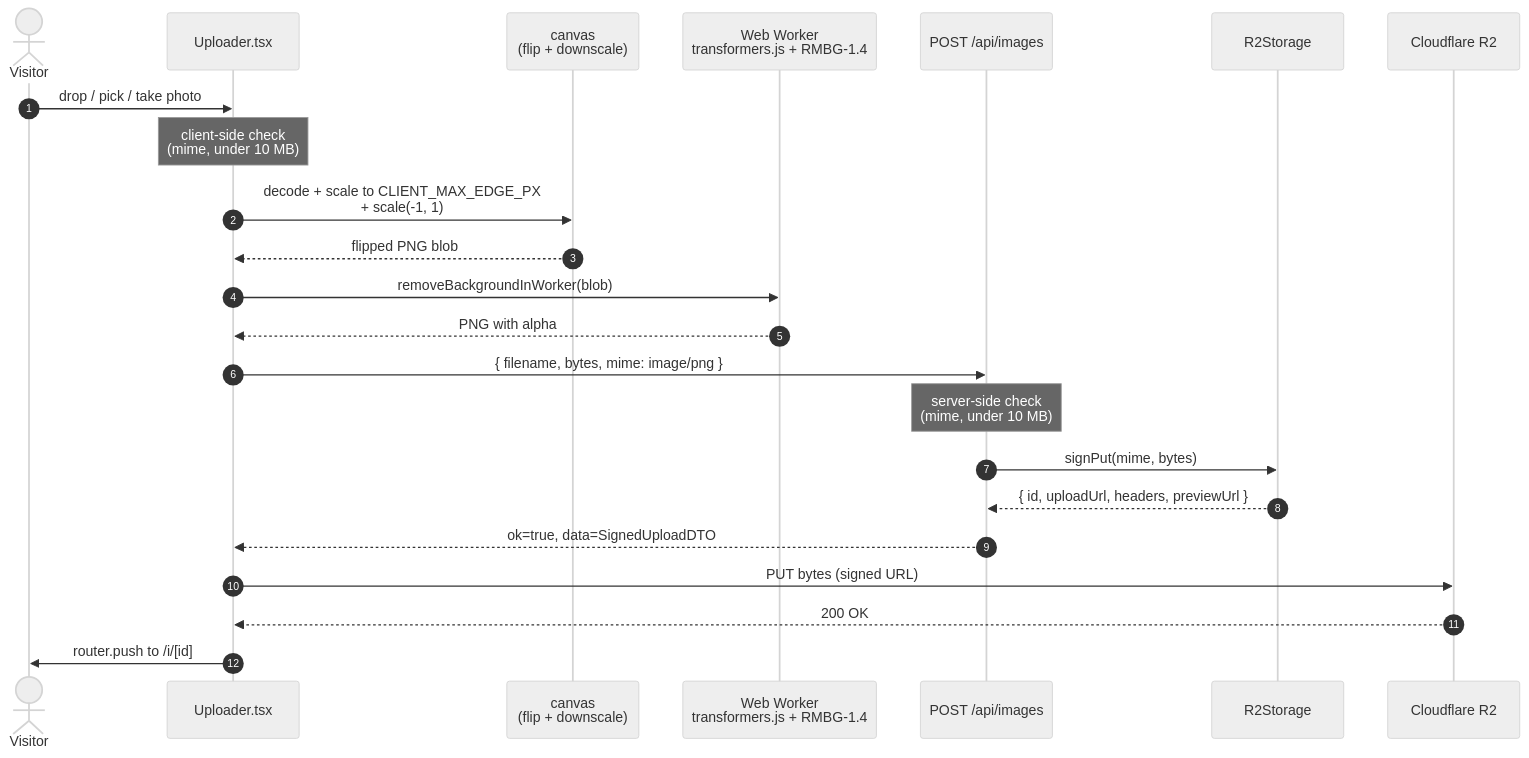
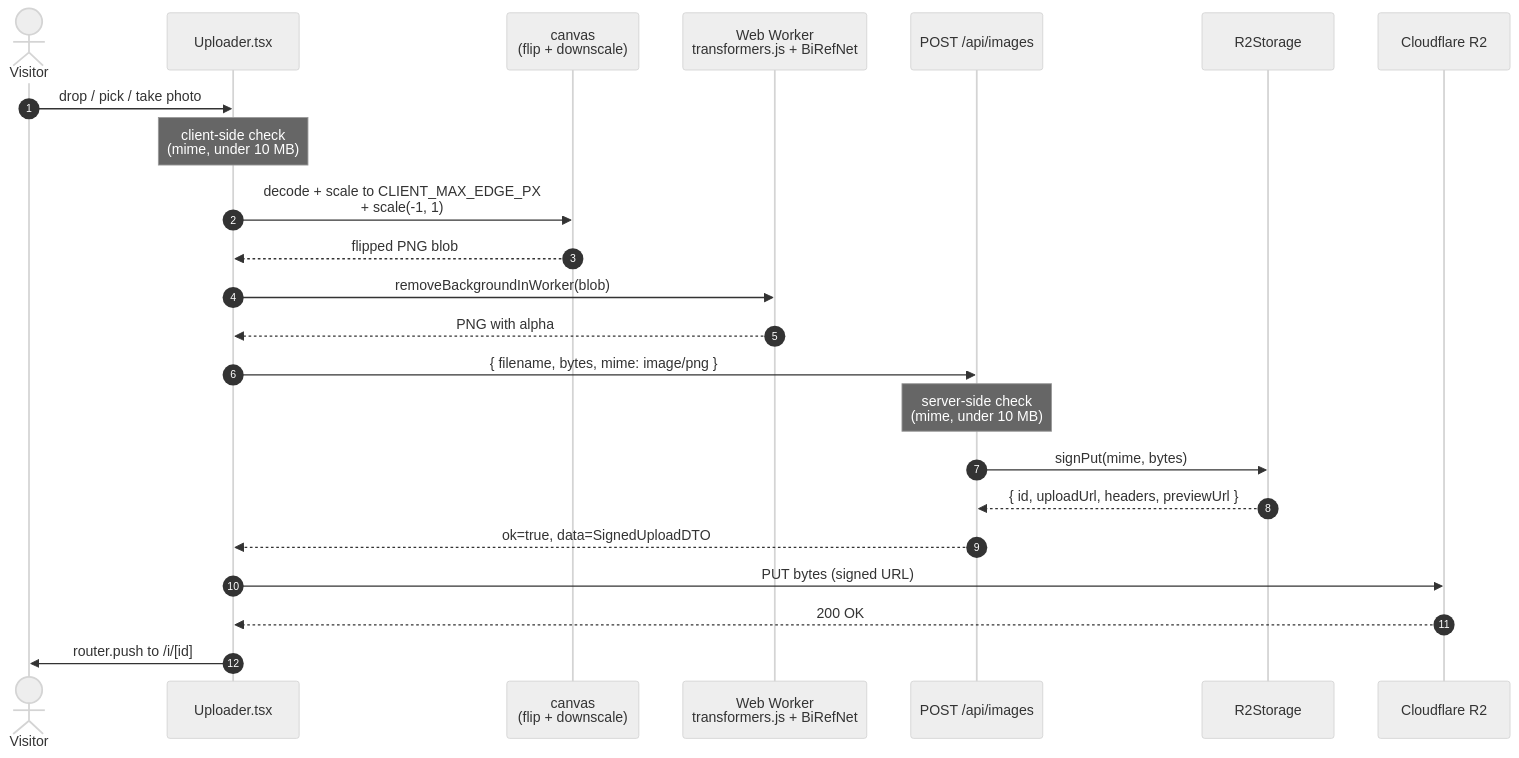
The third of 5 diagrams in docs/ARCHITECTURE.md (agustin-vaca/image-transformation), drawn with Mermaid (neutral theme) before and after one commit. The commit also changed other lines of this file and 2 other files, not shown here.

First line of the commit message:
feat(bg-removal): switch to BiRefNet (MIT) via @huggingface/transformers

````diff
--- a/docs/ARCHITECTURE.md
+++ b/docs/ARCHITECTURE.md
@@ -132,26 +132,26 @@
 ```mermaid
 sequenceDiagram
     autonumber
     actor U as Visitor
     participant UI as Uploader.tsx
     participant CV as canvas<br/>(flip + downscale)
-    participant W as Web Worker<br/>transformers.js + RMBG-1.4
+    participant W as Web Worker<br/>transformers.js + BiRefNet
     participant API as POST /api/images
     participant S as R2Storage
     participant R2 as Cloudflare R2
 
     U->>UI: drop / pick / take photo
     Note over UI: client-side check<br/>(mime, under 10 MB)
     UI->>CV: decode + scale to CLIENT_MAX_EDGE_PX<br/>+ scale(-1, 1)
     CV-->>UI: flipped PNG blob
     UI->>W: removeBackgroundInWorker(blob)
     W-->>UI: PNG with alpha
     UI->>API: { filename, bytes, mime: image/png }
     Note over API: server-side check<br/>(mime, under 10 MB)
     API->>S: signPut(mime, bytes)
     S-->>API: { id, uploadUrl, headers, previewUrl }
     API-->>UI: ok=true, data=SignedUploadDTO
     UI->>R2: PUT bytes (signed URL)
     R2-->>UI: 200 OK
     UI->>U: router.push to /i/[id]
 ```
````
